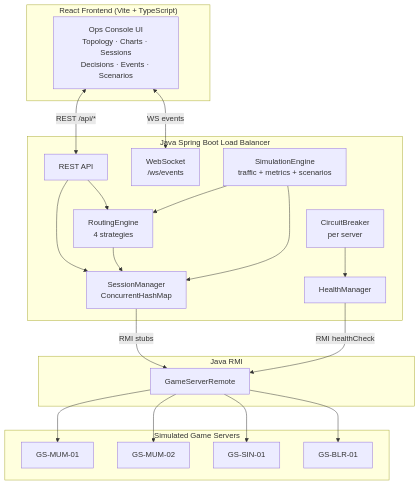
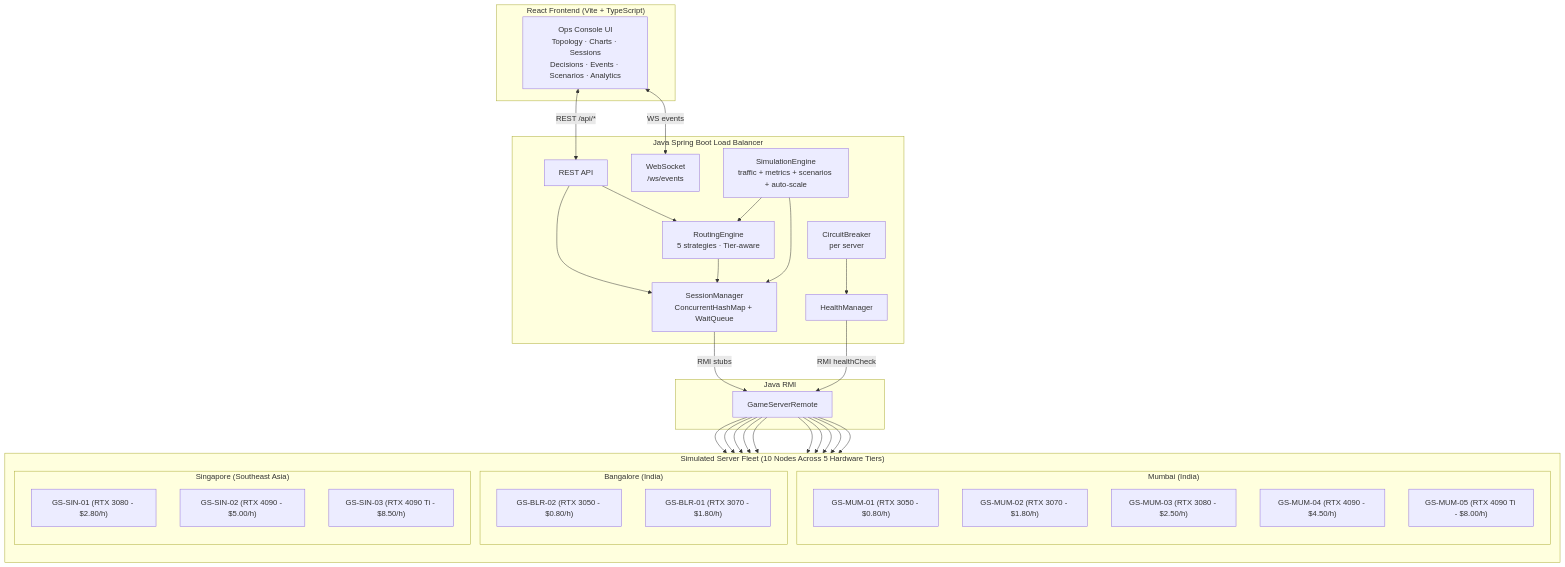
The first of 2 diagrams in README.md (REGEN-HALOGEN/Gameflow-LB), drawn with Mermaid before and after one commit. The commit also changed other lines of this file, not shown here.

Commit message:
docs: update README with real game catalog, 5 GPU tiers, 10-node fleet, cost-optimized routing, and burn rate telemetry

````diff
--- a/README.md
+++ b/README.md
@@ -30,42 +30,52 @@
 ```mermaid
 flowchart TB
     subgraph FE["React Frontend (Vite + TypeScript)"]
-        UI["Ops Console UI<br/>Topology · Charts · Sessions<br/>Decisions · Events · Scenarios"]
+        UI["Ops Console UI<br/>Topology · Charts · Sessions<br/>Decisions · Events · Scenarios · Analytics"]
     end
 
     subgraph LB["Java Spring Boot Load Balancer"]
         REST["REST API"]
         WS["WebSocket<br/>/ws/events"]
-        RE["RoutingEngine<br/>4 strategies"]
-        SM["SessionManager<br/>ConcurrentHashMap"]
+        RE["RoutingEngine<br/>5 strategies · Tier-aware"]
+        SM["SessionManager<br/>ConcurrentHashMap + WaitQueue"]
         HM["HealthManager"]
         CB["CircuitBreaker<br/>per server"]
-        SIM["SimulationEngine<br/>traffic + metrics + scenarios"]
+        SIM["SimulationEngine<br/>traffic + metrics + scenarios + auto-scale"]
     end
 
     subgraph RMI["Java RMI"]
         REMOTE["GameServerRemote"]
     end
 
-    subgraph GS["Simulated Game Servers"]
-        S1["GS-MUM-01"]
-        S2["GS-MUM-02"]
-        S3["GS-SIN-01"]
-        S4["GS-BLR-01"]
+    subgraph GS["Simulated Server Fleet (10 Nodes Across 5 Hardware Tiers)"]
+        direction TB
+        subgraph MUM["Mumbai (India)"]
+            S1["GS-MUM-01 (RTX 3050 - $0.80/h)"]
+            S2["GS-MUM-02 (RTX 3070 - $1.80/h)"]
+            S3["GS-MUM-03 (RTX 3080 - $2.50/h)"]
+            S4["GS-MUM-04 (RTX 4090 - $4.50/h)"]
+            S5["GS-MUM-05 (RTX 4090 Ti - $8.00/h)"]
+        end
+        subgraph BLR["Bangalore (India)"]
+            S6["GS-BLR-02 (RTX 3050 - $0.80/h)"]
+            S7["GS-BLR-01 (RTX 3070 - $1.80/h)"]
+        end
+        subgraph SIN["Singapore (Southeast Asia)"]
+            S8["GS-SIN-01 (RTX 3080 - $2.80/h)"]
+            S9["GS-SIN-02 (RTX 4090 - $5.00/h)"]
+            S10["GS-SIN-03 (RTX 4090 Ti - $8.50/h)"]
+        end
     end
 
     UI <-->|REST /api/*| REST
     UI <-->|WS events| WS
     REST --> RE
     REST --> SM
     RE --> SM
     SM -->|RMI stubs| REMOTE
     HM -->|RMI healthCheck| REMOTE
     CB --> HM
     SIM --> RE
     SIM --> SM
-    REMOTE --> S1
-    REMOTE --> S2
-    REMOTE --> S3
-    REMOTE --> S4
+    REMOTE --> S1 & S2 & S3 & S4 & S5 & S6 & S7 & S8 & S9 & S10
 ```
````
